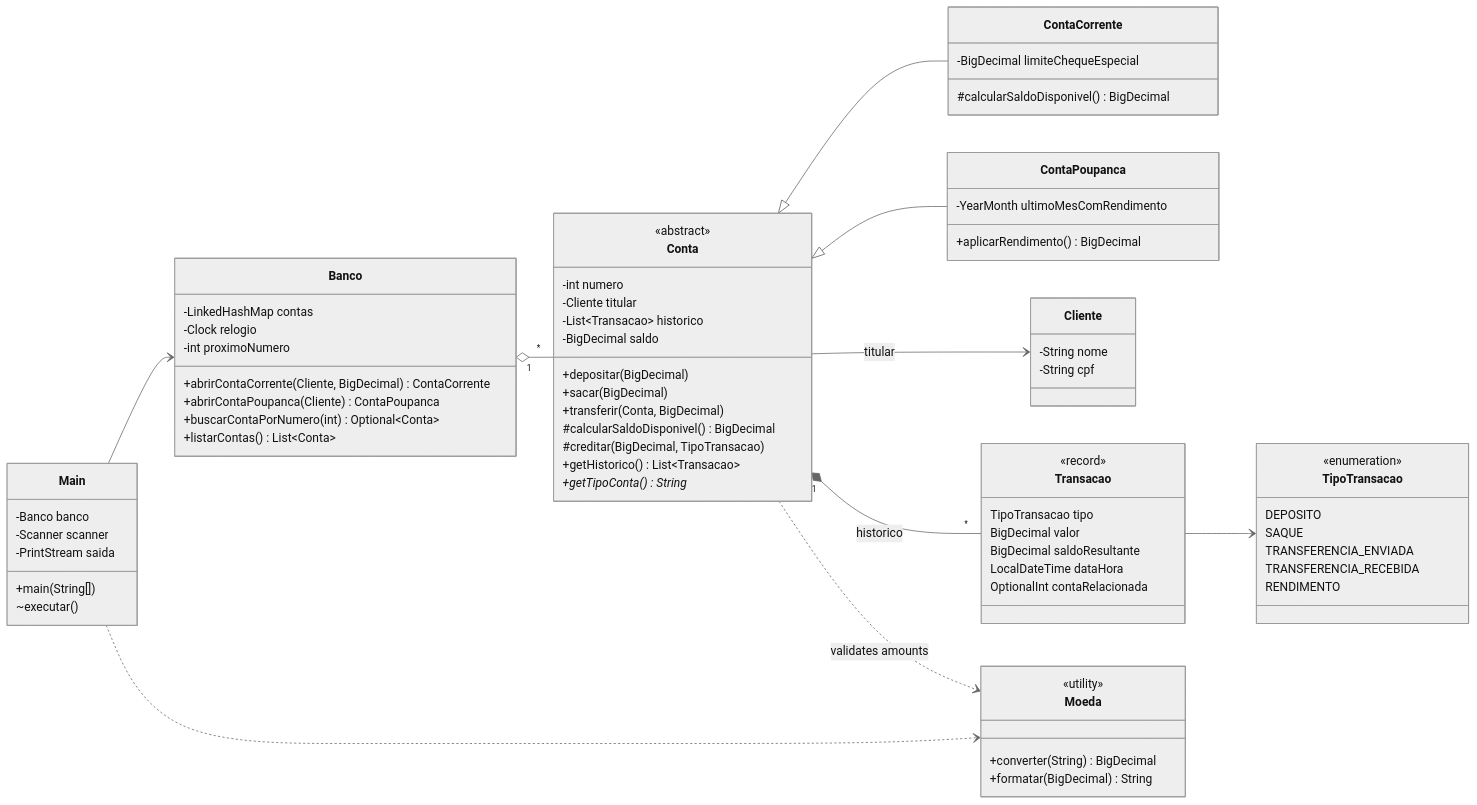
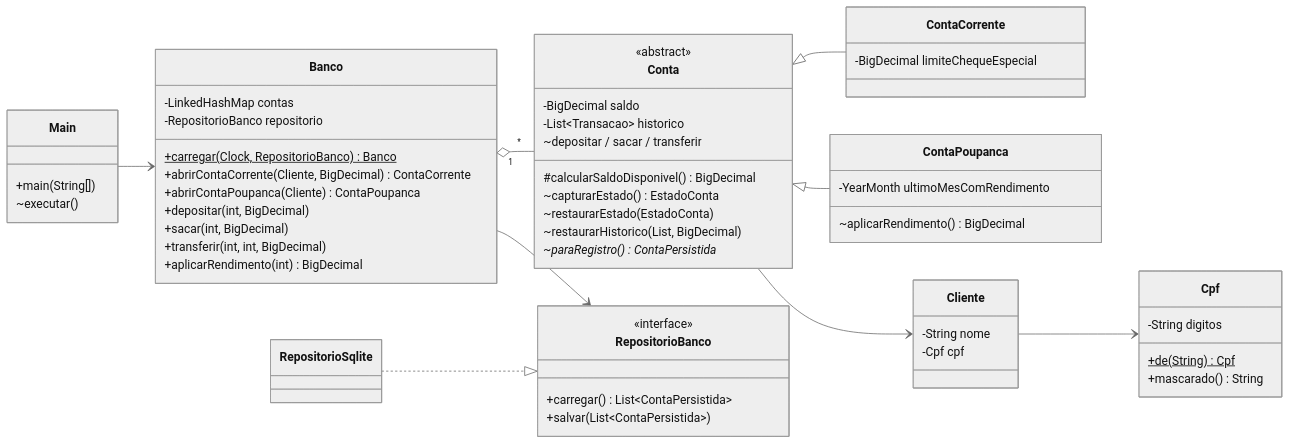
The first of 3 diagrams in docs/ARCHITECTURE.md (Amandadamata/sistema-bancario-java), drawn with Mermaid (neutral theme) before and after one commit. The commit also changed other lines of this file and 4 other files, not shown here.

First line of the commit message:
docs: document SQLite persistence, transactions and CPF validation

````diff
--- a/docs/ARCHITECTURE.md
+++ b/docs/ARCHITECTURE.md
@@ -19,77 +21,60 @@
 ```mermaid
 classDiagram
     direction LR
     class Main {
-        -Banco banco
-        -Scanner scanner
-        -PrintStream saida
         +main(String[])
         ~executar()
     }
     class Banco {
         -LinkedHashMap contas
-        -Clock relogio
-        -int proximoNumero
+        -RepositorioBanco repositorio
+        +carregar(Clock, RepositorioBanco)$ Banco
         +abrirContaCorrente(Cliente, BigDecimal) ContaCorrente
         +abrirContaPoupanca(Cliente) ContaPoupanca
-        +buscarContaPorNumero(int) Optional~Conta~
-        +listarContas() List~Conta~
+        +depositar(int, BigDecimal)
+        +sacar(int, BigDecimal)
+        +transferir(int, int, BigDecimal)
+        +aplicarRendimento(int) BigDecimal
     }
     class Conta {
         <<abstract>>
-        -int numero
-        -Cliente titular
+        -BigDecimal saldo
         -List~Transacao~ historico
-        -BigDecimal saldo
-        +depositar(BigDecimal)
-        +sacar(BigDecimal)
-        +transferir(Conta, BigDecimal)
+        ~depositar / sacar / transferir
         #calcularSaldoDisponivel() BigDecimal
-        #creditar(BigDecimal, TipoTransacao)
-        +getHistorico() List~Transacao~
-        +getTipoConta()* String
+        ~capturarEstado() EstadoConta
+        ~restaurarEstado(EstadoConta)
+        ~restaurarHistorico(List, BigDecimal)
+        ~paraRegistro()* ContaPersistida
     }
     class ContaCorrente {
         -BigDecimal limiteChequeEspecial
-        #calcularSaldoDisponivel() BigDecimal
     }
     class ContaPoupanca {
         -YearMonth ultimoMesComRendimento
-        +aplicarRendimento() BigDecimal
+        ~aplicarRendimento() BigDecimal
     }
     class Cliente {
         -String nome
-        -String cpf
+        -Cpf cpf
     }
-    class Transacao {
-        <<record>>
-        TipoTransacao tipo
-        BigDecimal valor
-        BigDecimal saldoResultante
-        LocalDateTime dataHora
-        OptionalInt contaRelacionada
+    class Cpf {
+        -String digitos
+        +de(String)$ Cpf
+        +mascarado() String
     }
-    class TipoTransacao {
-        <<enumeration>>
-        DEPOSITO
-        SAQUE
-        TRANSFERENCIA_ENVIADA
-        TRANSFERENCIA_RECEBIDA
-        RENDIMENTO
+    class RepositorioBanco {
+        <<interface>>
+        +carregar() List~ContaPersistida~
+        +salvar(List~ContaPersistida~)
     }
-    class Moeda {
-        <<utility>>
-        +converter(String) BigDecimal
-        +formatar(BigDecimal) String
-    }
-
+    class RepositorioSqlite
     Main --> Banco
-    Main ..> Moeda
     Banco "1" o-- "*" Conta
+    Banco --> RepositorioBanco
     Conta <|-- ContaCorrente
     Conta <|-- ContaPoupanca
-    Conta --> Cliente : titular
-    Conta "1" *-- "*" Transacao : historico
-    Transacao --> TipoTransacao
-    Conta ..> Moeda : validates amounts
+    Conta --> Cliente
+    Cliente --> Cpf
+    RepositorioSqlite ..|> RepositorioBanco
 ```
````
